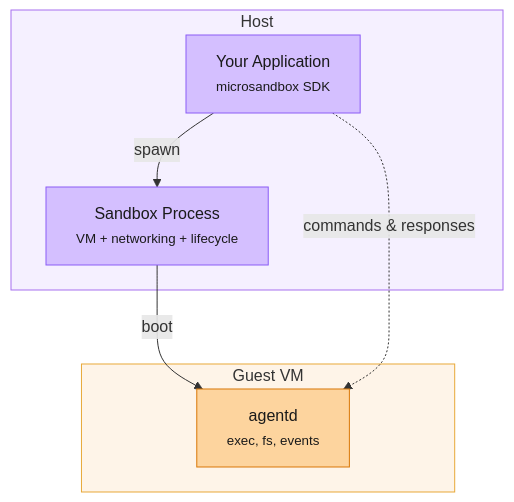
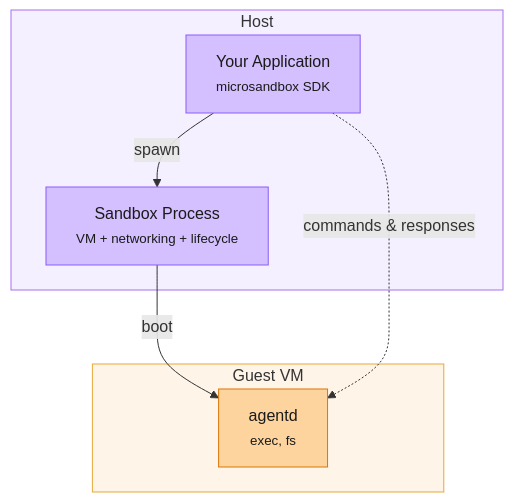
Before and after one commit to superradcompany/microsandbox: the second of 2 diagrams in docs/sandboxes/lifecycle.mdx, drawn with Mermaid. The commit also changed other lines of this file and 24 other files, not shown here.

First line of the commit message:
docs: streamline onboarding and remove roadmap pages

````diff
--- a/docs/sandboxes/lifecycle.mdx
+++ b/docs/sandboxes/lifecycle.mdx
@@ -310,21 +297,21 @@
 ```mermaid
 graph TD
     subgraph Host["Host"]
         A["Your Application<br/><small>microsandbox SDK</small>"]
         B["Sandbox Process<br/><small>VM + networking + lifecycle</small>"]
     end
 
     subgraph Guest["Guest VM"]
-        F["agentd<br/><small>exec, fs, events</small>"]
+        F["agentd<br/><small>exec, fs</small>"]
     end
 
     A -- "spawn" --> B
     B -- "boot" --> F
     A -. "commands & responses" .-> F
 
     style Host fill:#f5f0ff,stroke:#a770ef,color:#333
     style Guest fill:#fef4e8,stroke:#e8a838,color:#333
     style A fill:#d4bfff,stroke:#8b5cf6,color:#1a1a1a
     style B fill:#d4bfff,stroke:#8b5cf6,color:#1a1a1a
     style F fill:#fdd49e,stroke:#d97706,color:#1a1a1a
 ```
````
